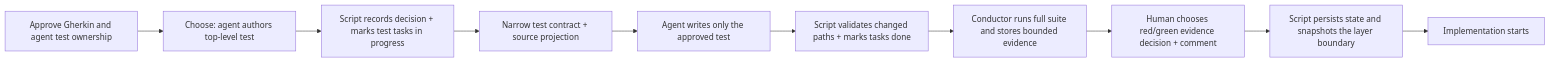
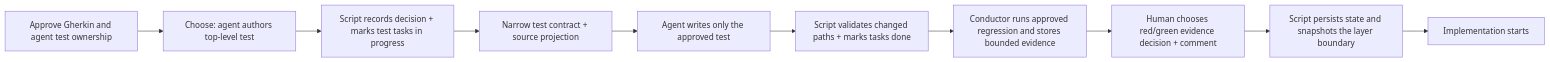
Diagram 12 of 18 in docs/operator-guide.md (cdespona/conductor-layered-tdd), drawn with Mermaid before and after one commit. The commit also changed other lines of this file and 18 other files, not shown here.

````diff
--- a/docs/operator-guide.md
+++ b/docs/operator-guide.md
@@ -579,12 +596,12 @@
 ```mermaid
 flowchart LR
     A["Approve Gherkin and agent test ownership"] --> B["Choose: agent authors top-level test"]
     B --> Prep["Script records decision + marks test tasks in progress"]
     Prep --> Context["Narrow test contract + source projection"]
     Context --> C["Agent writes only the approved test"]
     C --> Validate["Script validates changed paths + marks tasks done"]
-    Validate --> D["Conductor runs full suite and stores bounded evidence"]
+    Validate --> D["Conductor runs approved regression and stores bounded evidence"]
     D --> E["Human chooses red/green evidence decision + comment"]
     E --> F["Script persists state and snapshots the layer boundary"]
     F --> G["Implementation starts"]
 ```
````
